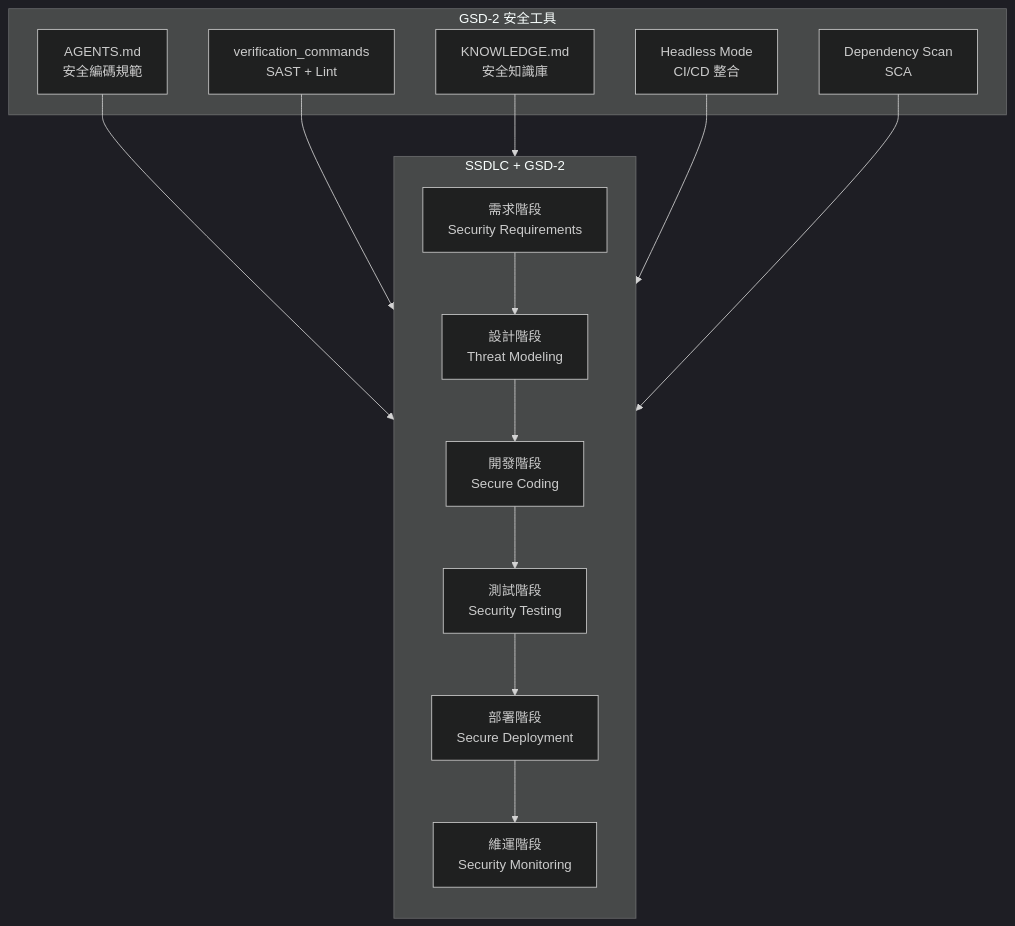
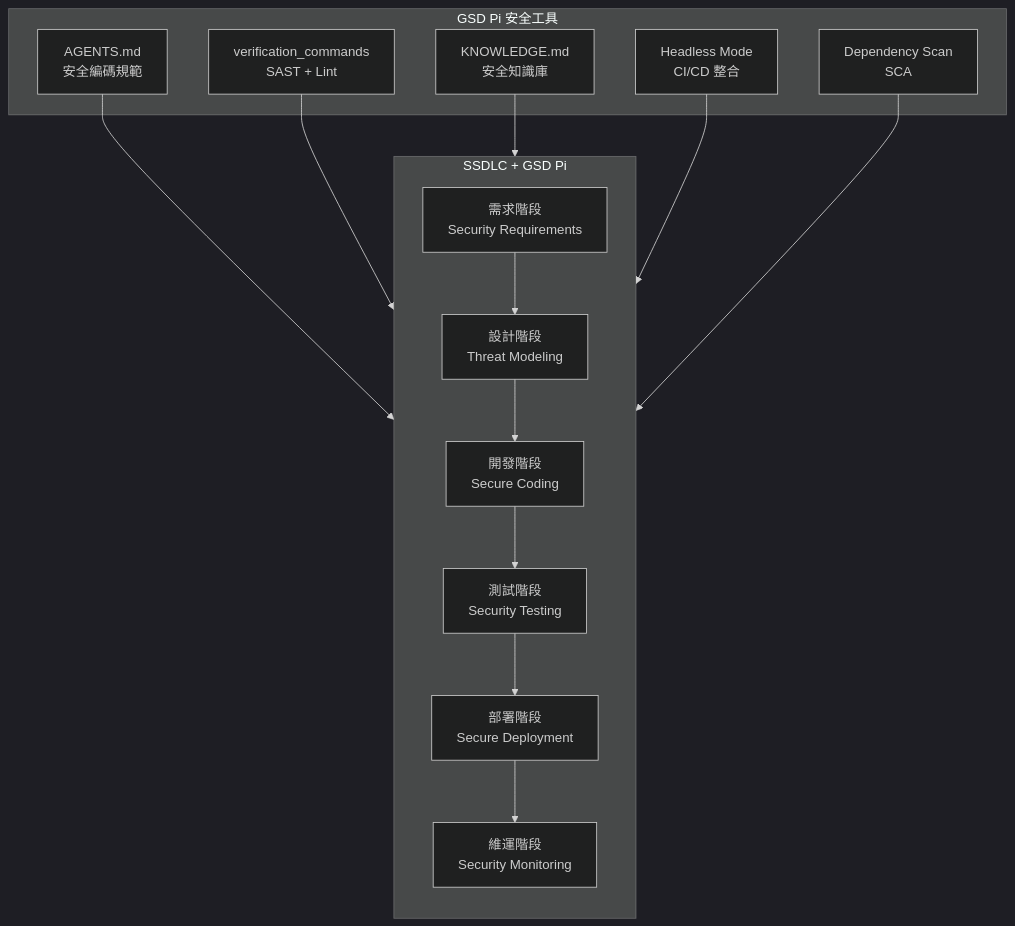
Diagram 13 of 16 in content/posts/教學/AI開發/GSD-2教學手冊.md (chihhung/Blog), drawn with Mermaid (dark theme) before and after one commit. The commit also changed other lines of this file and 12 other files, not shown here.

````diff
--- a/content/posts/教學/AI開發/GSD-2教學手冊.md
+++ b/content/posts/教學/AI開發/GSD-2教學手冊.md
@@ -2148,19 +2391,19 @@
 ```mermaid
 graph TB
-    subgraph "SSDLC + GSD-2"
+    subgraph "SSDLC + GSD Pi"
         direction TB
         A[需求階段<br/>Security Requirements] --> B[設計階段<br/>Threat Modeling]
         B --> C[開發階段<br/>Secure Coding]
         C --> D[測試階段<br/>Security Testing]
         D --> E[部署階段<br/>Secure Deployment]
         E --> F[維運階段<br/>Security Monitoring]
     end
 
-    subgraph "GSD-2 安全工具"
+    subgraph "GSD Pi 安全工具"
         G1[AGENTS.md<br/>安全編碼規範] --> C
         G2[verification_commands<br/>SAST + Lint] --> D
         G3[KNOWLEDGE.md<br/>安全知識庫] --> C
         G4[Headless Mode<br/>CI/CD 整合] --> E
         G5[Dependency Scan<br/>SCA] --> D
     end
 ```
````
